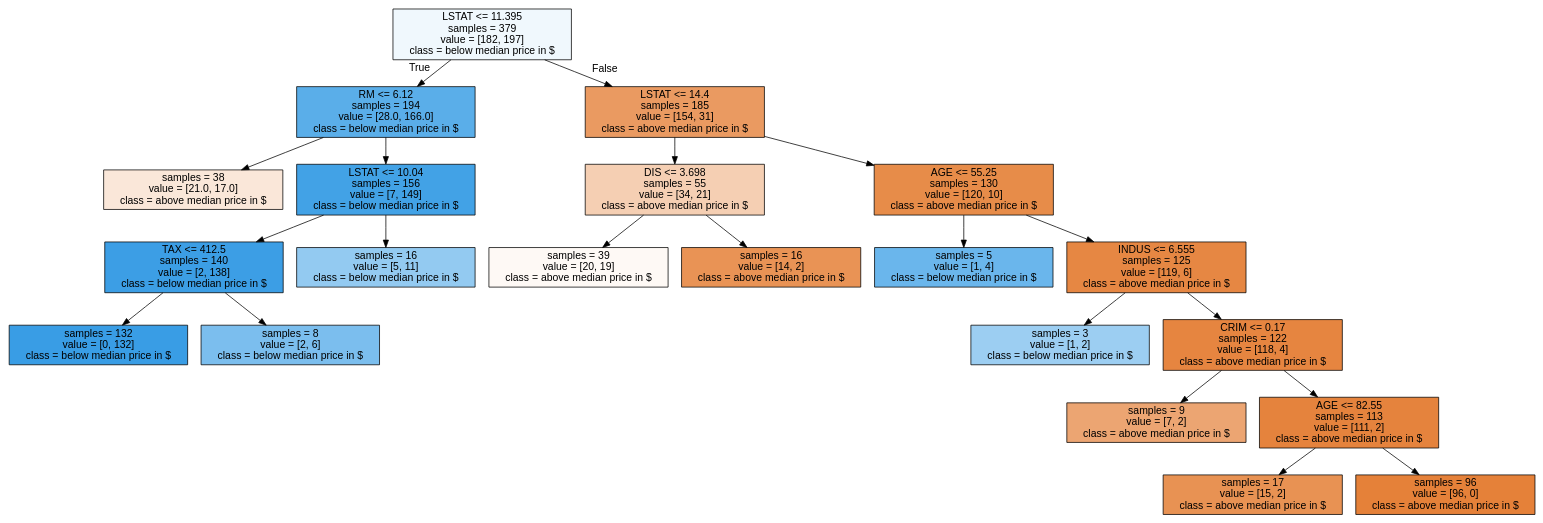
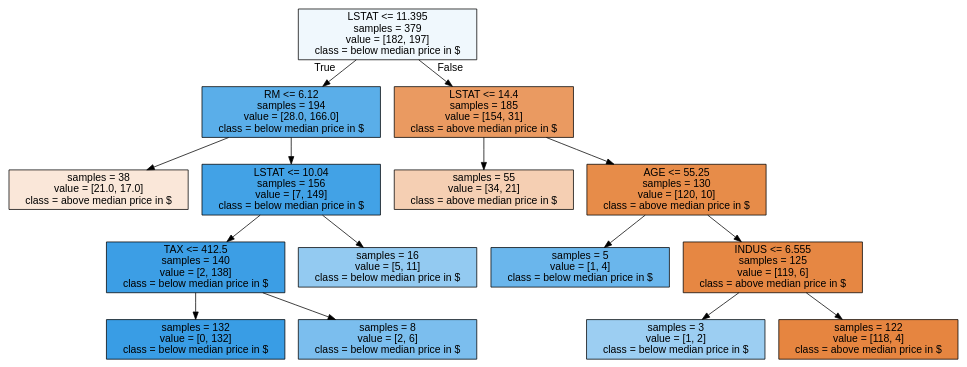
One commit to kennethelong/firstPyhtonProject changed the diagram in Exam/tree_control.dot. Above: the diagram before and after it, drawn with Graphviz. The commit also changed 1 other file, not shown here.

```diff
--- a/Exam/tree_control.dot
+++ b/Exam/tree_control.dot
@@ -1,45 +1,33 @@
 digraph Tree {
 node [shape=box, style="filled", color="black", fontname="helvetica"] ;
 edge [fontname="helvetica"] ;
 0 [label="LSTAT <= 11.395\nsamples = 379\nvalue = [182, 197]\nclass = below median price in $", fillcolor="#f0f8fd"] ;
 1 [label="RM <= 6.12\nsamples = 194\nvalue = [28.0, 166.0]\nclass = below median price in $", fillcolor="#5aaee9"] ;
 0 -> 1 [labeldistance=2.5, labelangle=45, headlabel="True"] ;
 2 [label="samples = 38\nvalue = [21.0, 17.0]\nclass = above median price in $", fillcolor="#fae7d9"] ;
 1 -> 2 ;
 3 [label="LSTAT <= 10.04\nsamples = 156\nvalue = [7, 149]\nclass = below median price in $", fillcolor="#42a2e6"] ;
 1 -> 3 ;
 4 [label="TAX <= 412.5\nsamples = 140\nvalue = [2, 138]\nclass = below median price in $", fillcolor="#3c9ee5"] ;
 3 -> 4 ;
 5 [label="samples = 132\nvalue = [0, 132]\nclass = below median price in $", fillcolor="#399de5"] ;
 4 -> 5 ;
 6 [label="samples = 8\nvalue = [2, 6]\nclass = below median price in $", fillcolor="#7bbeee"] ;
 4 -> 6 ;
 7 [label="samples = 16\nvalue = [5, 11]\nclass = below median price in $", fillcolor="#93caf1"] ;
 3 -> 7 ;
 8 [label="LSTAT <= 14.4\nsamples = 185\nvalue = [154, 31]\nclass = above median price in $", fillcolor="#ea9a61"] ;
 0 -> 8 [labeldistance=2.5, labelangle=-45, headlabel="False"] ;
-9 [label="DIS <= 3.698\nsamples = 55\nvalue = [34, 21]\nclass = above median price in $", fillcolor="#f5cfb3"] ;
+9 [label="samples = 55\nvalue = [34, 21]\nclass = above median price in $", fillcolor="#f5cfb3"] ;
 8 -> 9 ;
-10 [label="samples = 39\nvalue = [20, 19]\nclass = above median price in $", fillcolor="#fef9f5"] ;
-9 -> 10 ;
-11 [label="samples = 16\nvalue = [14, 2]\nclass = above median price in $", fillcolor="#e99355"] ;
-9 -> 11 ;
-12 [label="AGE <= 55.25\nsamples = 130\nvalue = [120, 10]\nclass = above median price in $", fillcolor="#e78c49"] ;
-8 -> 12 ;
-13 [label="samples = 5\nvalue = [1, 4]\nclass = below median price in $", fillcolor="#6ab6ec"] ;
+10 [label="AGE <= 55.25\nsamples = 130\nvalue = [120, 10]\nclass = above median price in $", fillcolor="#e78c49"] ;
+8 -> 10 ;
+11 [label="samples = 5\nvalue = [1, 4]\nclass = below median price in $", fillcolor="#6ab6ec"] ;
+10 -> 11 ;
+12 [label="INDUS <= 6.555\nsamples = 125\nvalue = [119, 6]\nclass = above median price in $", fillcolor="#e68743"] ;
+10 -> 12 ;
+13 [label="samples = 3\nvalue = [1, 2]\nclass = below median price in $", fillcolor="#9ccef2"] ;
 12 -> 13 ;
-14 [label="INDUS <= 6.555\nsamples = 125\nvalue = [119, 6]\nclass = above median price in $", fillcolor="#e68743"] ;
+14 [label="samples = 122\nvalue = [118, 4]\nclass = above median price in $", fillcolor="#e68540"] ;
 12 -> 14 ;
-15 [label="samples = 3\nvalue = [1, 2]\nclass = below median price in $", fillcolor="#9ccef2"] ;
-14 -> 15 ;
-16 [label="CRIM <= 0.17\nsamples = 122\nvalue = [118, 4]\nclass = above median price in $", fillcolor="#e68540"] ;
-14 -> 16 ;
-17 [label="samples = 9\nvalue = [7, 2]\nclass = above median price in $", fillcolor="#eca572"] ;
-16 -> 17 ;
-18 [label="AGE <= 82.55\nsamples = 113\nvalue = [111, 2]\nclass = above median price in $", fillcolor="#e5833d"] ;
-16 -> 18 ;
-19 [label="samples = 17\nvalue = [15, 2]\nclass = above median price in $", fillcolor="#e89253"] ;
-18 -> 19 ;
-20 [label="samples = 96\nvalue = [96, 0]\nclass = above median price in $", fillcolor="#e58139"] ;
-18 -> 20 ;
 }
```
